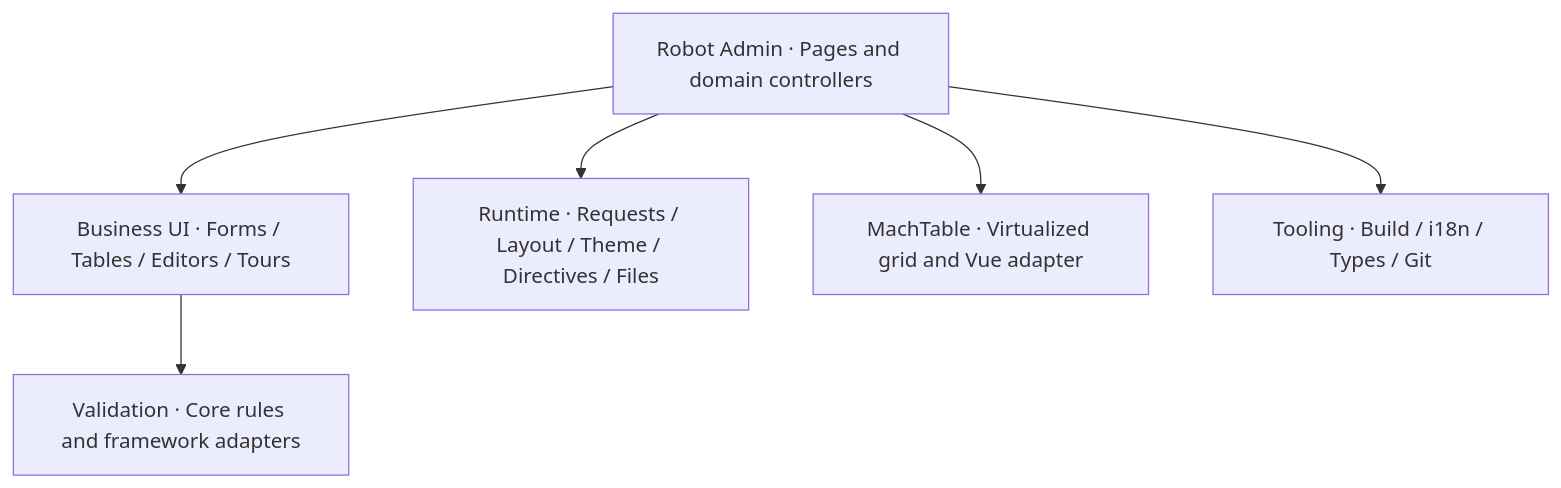
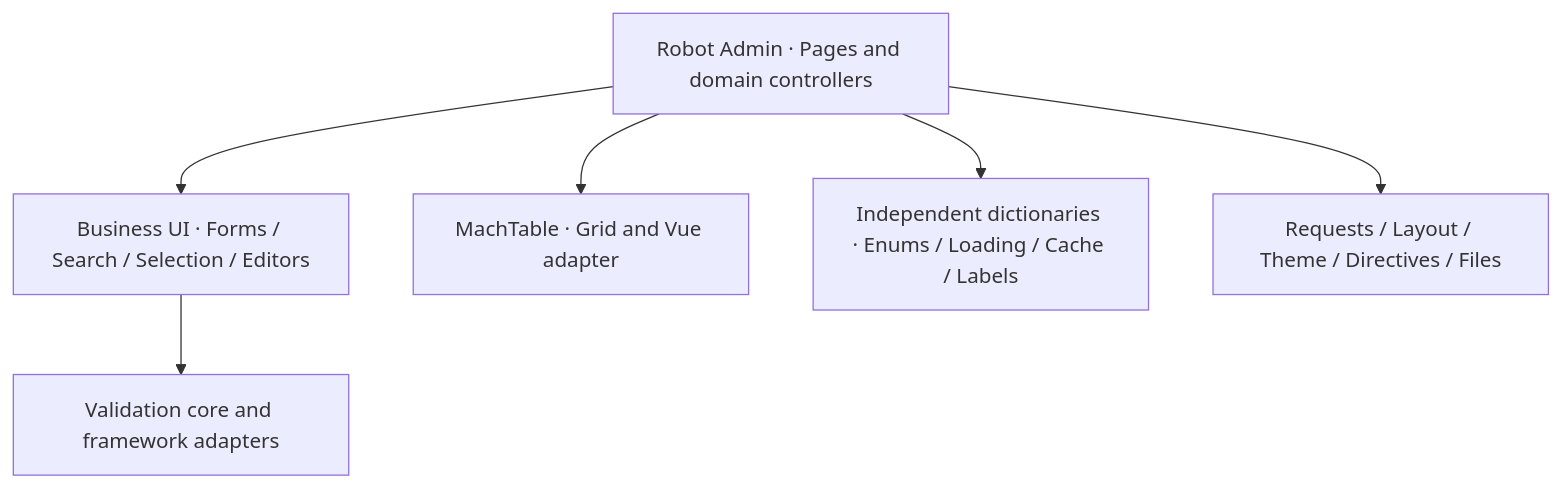
Before and after one commit to ChenyCHENYU/Robot_Admin: the diagram in README_EN.md, drawn with Mermaid. The commit also changed other lines of this file and 8 other files, not shown here.

Commit message:
docs(readme): 更新能力地图与产销接入指南

````diff
--- a/README_EN.md
+++ b/README_EN.md
@@ -118,9 +186,9 @@
 ```mermaid
 flowchart TB
     App[Robot Admin · Pages and domain controllers]
-    App --> UI[Business UI · Forms / Tables / Editors / Tours]
-    App --> Runtime[Runtime · Requests / Layout / Theme / Directives / Files]
-    UI --> Validation[Validation · Core rules and framework adapters]
-    App --> Grid[MachTable · Virtualized grid and Vue adapter]
-    App --> Engineering[Tooling · Build / i18n / Types / Git]
+    App --> UI[Business UI · Forms / Search / Selection / Editors]
+    App --> Grid[MachTable · Grid and Vue adapter]
+    App --> Dictionary[Independent dictionaries · Enums / Loading / Cache / Labels]
+    App --> Runtime[Requests / Layout / Theme / Directives / Files]
+    UI --> Validation[Validation core and framework adapters]
 ```
````
